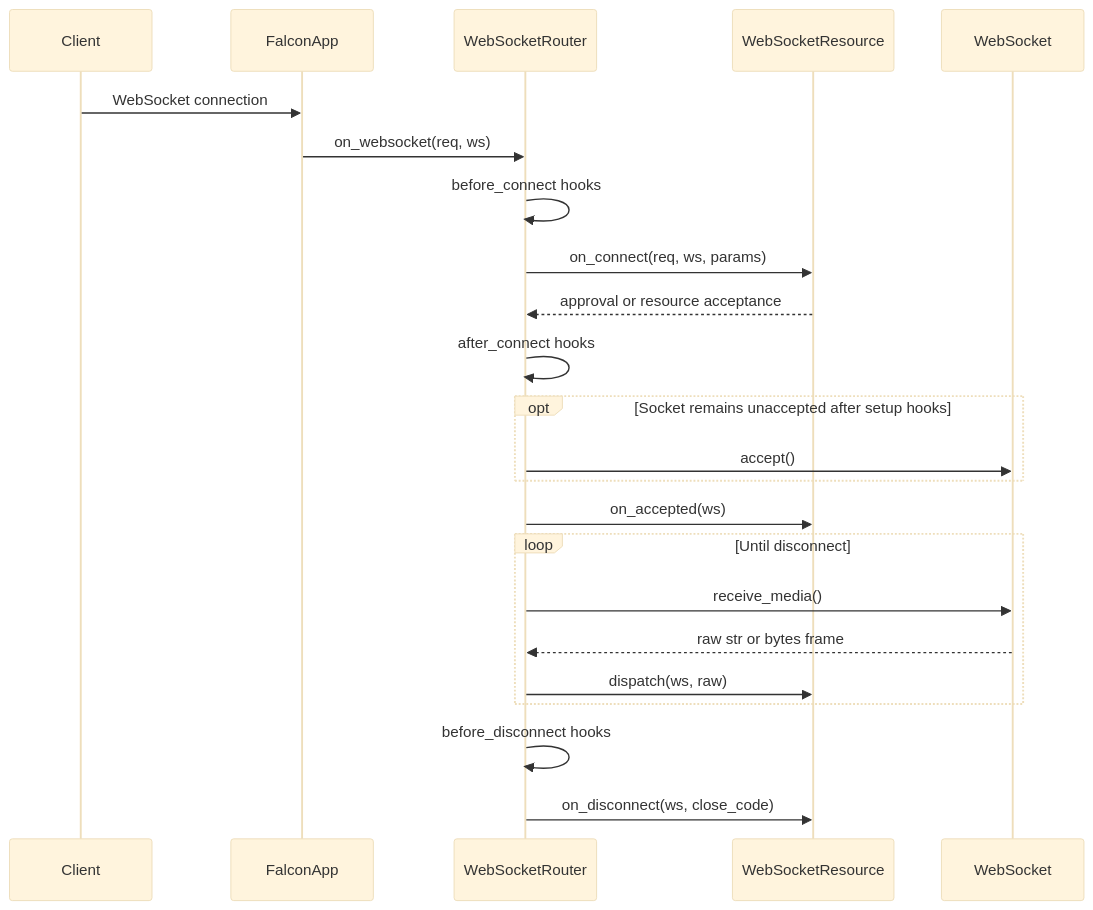
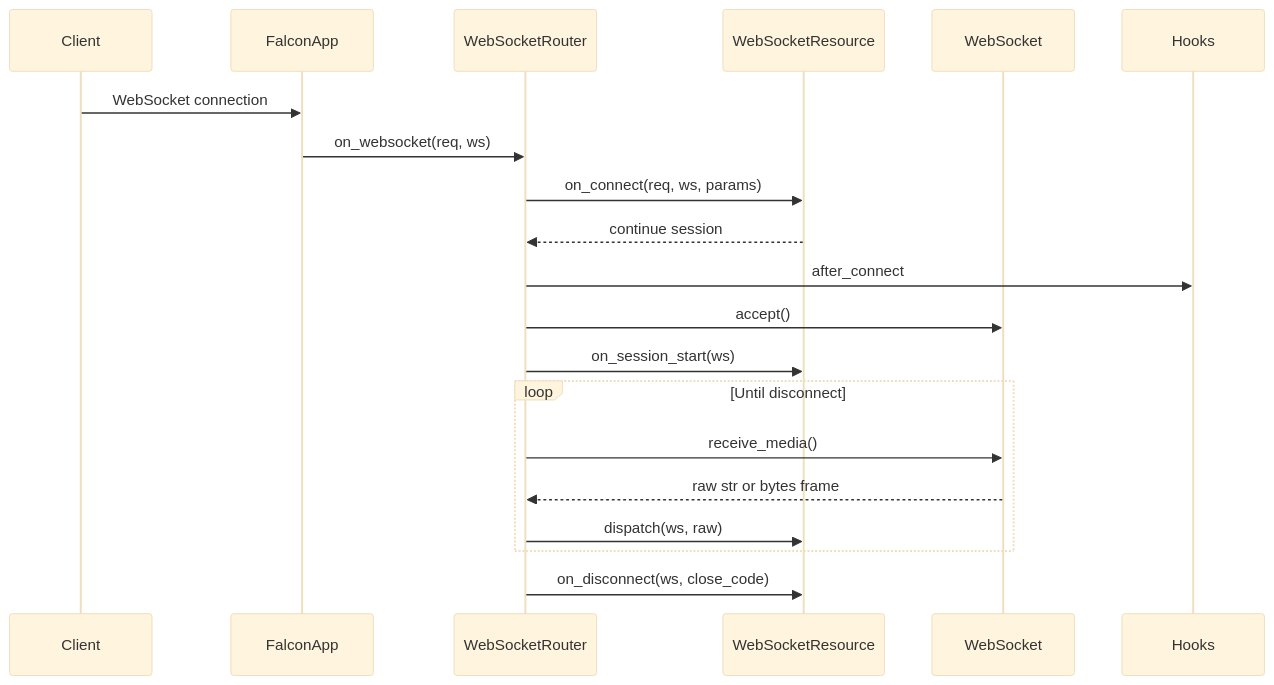
One commit to leynos/falcon-pachinko changed the second of 20 diagrams in docs/falcon-websocket-extension-design.md. Above: the diagram before and after it, drawn with Mermaid (base theme). The commit also changed other lines of this file and 94 other files, not shown here.

First line of the commit message:
Define WebSocket connection lifecycle (#178) (#244)

````diff
--- a/docs/falcon-websocket-extension-design.md
+++ b/docs/falcon-websocket-extension-design.md
@@ -121,35 +99,30 @@
 ```mermaid
 sequenceDiagram
     accTitle: Falcon WebSocket responder lifecycle
     accDescr {
-        With receive_loop enabled, Falcon routes the connection to
-        WebSocketRouter, which calls on_connect before accepting. After
-        acceptance it calls on_accepted, then receives and dispatches frames
-        until disconnect. Cleanup runs before_disconnect hooks before the
-        resource's on_disconnect hook.
+        Falcon routes the connection to WebSocketRouter, which calls on_connect
+        and after_connect before acceptance. The router then calls
+        on_session_start, receives and dispatches frames until disconnect, and
+        calls on_disconnect with the final close code.
     }
 
     participant Client
     participant FalconApp
     participant WebSocketRouter
     participant WebSocketResource
     participant WebSocket
 
     Client->>FalconApp: WebSocket connection
     FalconApp->>WebSocketRouter: on_websocket(req, ws)
-    WebSocketRouter->>WebSocketRouter: before_connect hooks
     WebSocketRouter->>WebSocketResource: on_connect(req, ws, params)
-    WebSocketResource-->>WebSocketRouter: approval or resource acceptance
-    WebSocketRouter->>WebSocketRouter: after_connect hooks
-    opt Socket remains unaccepted after setup hooks
-        WebSocketRouter->>WebSocket: accept()
-    end
-    WebSocketRouter->>WebSocketResource: on_accepted(ws)
+    WebSocketResource-->>WebSocketRouter: continue session
+    WebSocketRouter->>Hooks: after_connect
+    WebSocketRouter->>WebSocket: accept()
+    WebSocketRouter->>WebSocketResource: on_session_start(ws)
     loop Until disconnect
         WebSocketRouter->>WebSocket: receive_media()
         WebSocket-->>WebSocketRouter: raw str or bytes frame
         WebSocketRouter->>WebSocketResource: dispatch(ws, raw)
     end
-    WebSocketRouter->>WebSocketRouter: before_disconnect hooks
     WebSocketRouter->>WebSocketResource: on_disconnect(ws, close_code)
 ```
````
